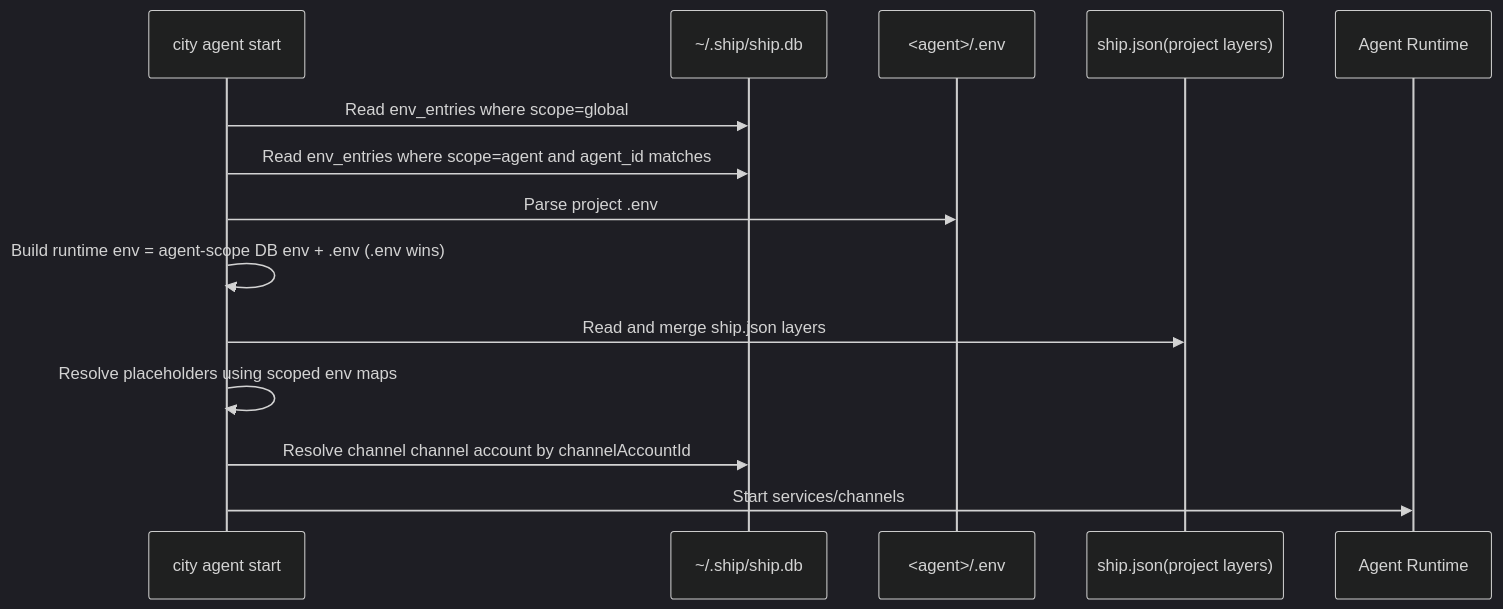
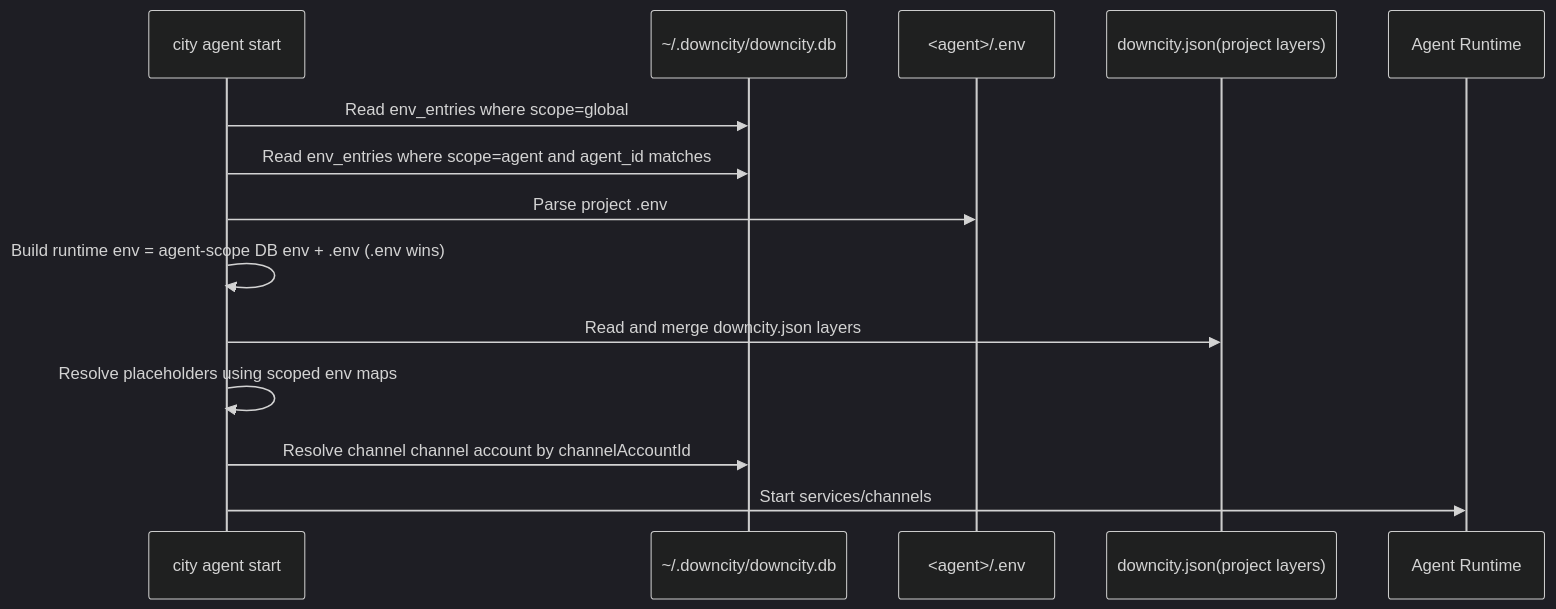
The first of 2 diagrams in homepage/content/docs/en/configuration/environment-variables.mdx (wangenius/downcity), drawn with Mermaid (dark theme) before and after one commit. The commit also changed other lines of this file and 240 other files, not shown here.

````diff
--- a/homepage/content/docs/en/configuration/environment-variables.mdx
+++ b/homepage/content/docs/en/configuration/environment-variables.mdx
@@ -36,17 +36,17 @@
 ```mermaid
 sequenceDiagram
   participant CLI as city agent start
-  participant DB as ~/.ship/ship.db
+  participant DB as ~/.downcity/downcity.db
   participant ENV as <agent>/.env
-  participant JSON as ship.json(project layers)
+  participant JSON as downcity.json(project layers)
   participant RT as Agent Runtime
 
   CLI->>DB: Read env_entries where scope=global
   CLI->>DB: Read env_entries where scope=agent and agent_id matches
   CLI->>ENV: Parse project .env
   CLI->>CLI: Build runtime env = agent-scope DB env + .env (.env wins)
-  CLI->>JSON: Read and merge ship.json layers
+  CLI->>JSON: Read and merge downcity.json layers
   CLI->>CLI: Resolve placeholders using scoped env maps
   CLI->>DB: Resolve channel channel account by channelAccountId
   CLI->>RT: Start services/channels
 ```
````
